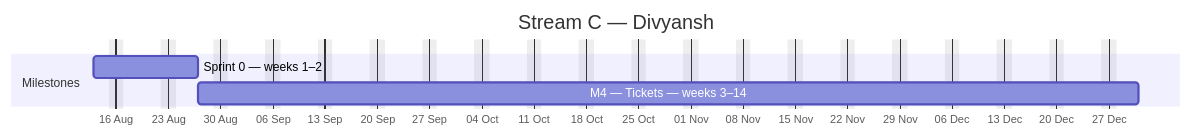
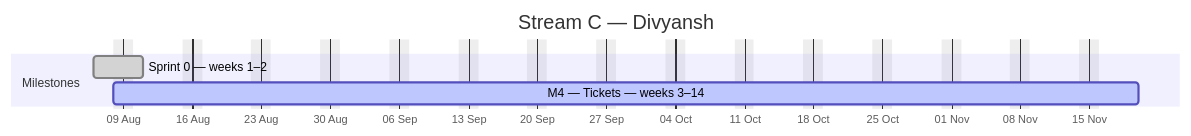
Before and after one commit to debashisedunext/EduTrack: the third of 4 diagrams in docs/plan/GANTT.md, drawn with Mermaid. The commit also changed other lines of this file and 3 other files, not shown here.

````diff
--- a/docs/plan/GANTT.md
+++ b/docs/plan/GANTT.md
@@ -171,10 +154,10 @@
 ```mermaid
 gantt
     dateFormat YYYY-MM-DD
     axisFormat %d %b
     title Stream C — Divyansh
     excludes weekends
     section Milestones
-    Sprint 0 — weeks 1–2 :c0, 2026-08-13, 10d
-    M4 — Tickets — weeks 3–14 :c1, 2026-08-27, 90d
+    Sprint 0 — weeks 1–2 :done, c0, 2026-08-06, 3d
+    M4 — Tickets — weeks 3–14 :active, c1, 2026-08-08, 75d
 ```
````
